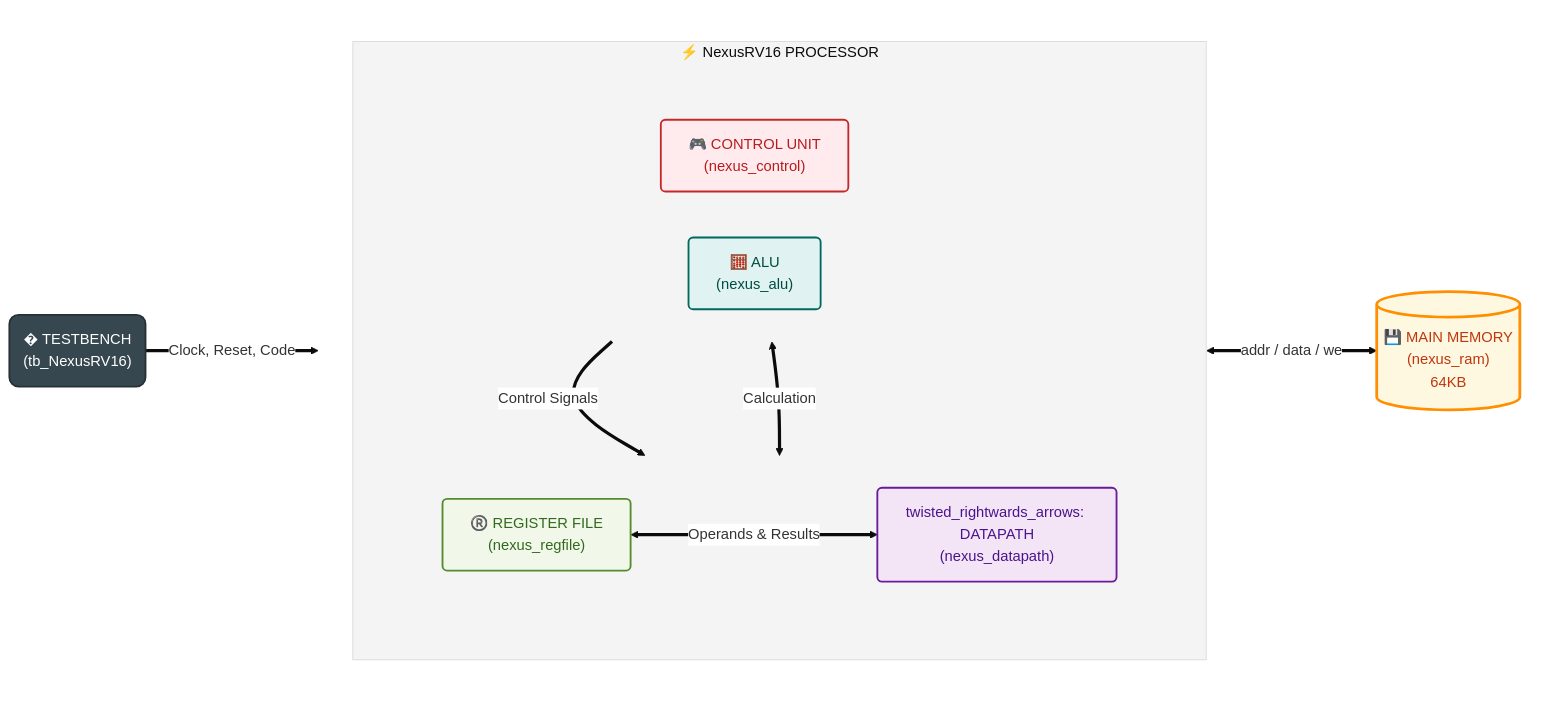
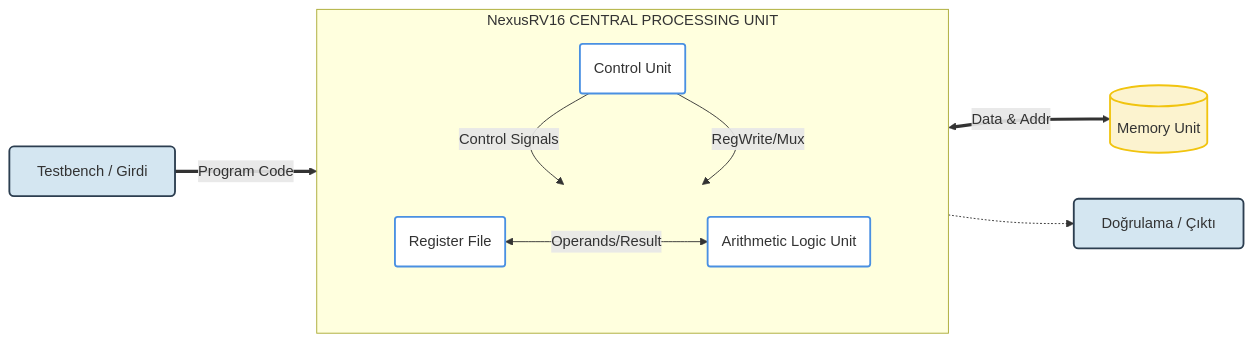
The diagram in README.md (musakartalengin/NexusRV16), drawn with Mermaid before and after one commit.

Commit message:
Update README with classic professional block diagram

````diff
--- a/README.md
+++ b/README.md
@@ -15,67 +15,54 @@
 ```mermaid
-%%{init: {'theme': 'base', 'themeVariables': { 'primaryColor': '#ffffff', 'edgeLabelBackground':'#ffffff', 'tertiaryColor': '#f4f4f4', 'fontFamily': 'arial', 'fontSize': '16px'}}}%%
 graph LR
-    %% 🎨 RENK PALETİ VE STİLLER (Vibrant & Professional)
-    classDef cpuContainer fill:#e3f2fd,stroke:#1565c0,stroke-width:3px,color:#0d47a1,rx:10,ry:10;
-    classDef memory fill:#fff8e1,stroke:#ff8f00,stroke-width:3px,color:#bf360c,rx:5,ry:5;
-    classDef control fill:#ffebee,stroke:#c62828,stroke-width:2px,color:#b71c1c,rx:5,ry:5;
-    classDef alu fill:#e0f2f1,stroke:#00695c,stroke-width:2px,color:#004d40,rx:5,ry:5;
-    classDef regs fill:#f1f8e9,stroke:#558b2f,stroke-width:2px,color:#33691e,rx:5,ry:5;
-    classDef datapath fill:#f3e5f5,stroke:#6a1b9a,stroke-width:2px,color:#4a148c,rx:5,ry:5;
-    classDef testbench fill:#37474f,stroke:#263238,stroke-width:2px,color:#ffffff,rx:10,ry:10;
+    %% Çizgi Stilleri: Orthogonal (Dik Açılı) çizgiler daha düzenli durur
+    linkStyle default interpolate basis
+    
+    %% 🎨 STİL TANIMLARI (Klasik Doküman Tarzı - Mavi/Gri/Beyaz)
+    classDef container fill:#e8f4f9,stroke:#4a90e2,stroke-width:3px,rx:5,ry:5,color:#333333;
+    classDef internal fill:#ffffff,stroke:#4a90e2,stroke-width:2px,rx:3,ry:3,color:#333333;
+    classDef external fill:#d4e6f1,stroke:#2c3e50,stroke-width:2px,rx:5,ry:5,color:#333333;
+    classDef memory   fill:#fcf3cf,stroke:#f1c40f,stroke-width:2px,rx:0,ry:0,color:#333333;
 
     %% ---------------------------------------------------------
-    %% ANA SİSTEM
+    %% SOL: GİRİŞ (TESTBENCH)
     %% ---------------------------------------------------------
-    
-    %% TESTBENCH (SOLDA)
-    TB("�️ TESTBENCH<br/>(tb_NexusRV16)"):::testbench
-
-    subgraph SYSTEM_BOARD [ ]
-        direction LR
-        
-        %% CPU İÇ YAPISI
-        subgraph CPU [⚡ NexusRV16 PROCESSOR]
-            direction TB
-            
-            %% Üst Katman: Kontrol ve Hesaplama
-            subgraph EXEC_LEVEL [ ]
-                direction LR
-                CTRL["🎮 CONTROL UNIT<br/>(nexus_control)"]:::control
-                ALU["🧮 ALU<br/>(nexus_alu)"]:::alu
-            end
-            
-            %% Alt Katman: Depolama ve Veri Yolu
-            subgraph DATA_LEVEL [ ]
-                direction LR
-                REGS["®️ REGISTER FILE<br/>(nexus_regfile)"]:::regs
-                DP["twisted_rightwards_arrows: DATAPATH<br/>(nexus_datapath)"]:::datapath
-            end
-
-            %% CPU İçi Bağlantılar
-            CTRL ==>|"Control Signals"| DP
-            REGS <==>|"Operands & Results"| DP
-            ALU <==>|"Calculation"| DP
-            
-            %% Hiyerarşik Hizalama için görünmez bağ
-            EXEC_LEVEL ~~~ DATA_LEVEL
-        end
-        class CPU cpuContainer
-
-        %% BELLEK (SAĞDA)
-        RAM[("💾 MAIN MEMORY<br/>(nexus_ram)<br/>64KB")]:::memory
-        
-        %% Sistem Bağlantıları
-        CPU <==>|"addr / data / we"| RAM
-    end
-    
-    %% Testbench Bağlantısı
-    TB =="Clock, Reset, Code"==> CPU
+    TB[Testbench / Girdi]:::external
 
     %% ---------------------------------------------------------
-    %% Stil Atamaları (Kenarlıklar görünmez olsun diye subgraph trick)
+    %% ORTA: CPU KUTUSU (Klasik Yapı)
     %% ---------------------------------------------------------
-    style SYSTEM_BOARD fill:none,stroke:none;
-    style EXEC_LEVEL fill:none,stroke:none;
-    style DATA_LEVEL fill:none,stroke:none;
+    subgraph CPU_BOX [NexusRV16 CENTRAL PROCESSING UNIT]
+        direction TB
+        
+        %% En Üstte Kontrol Birimi
+        CTRL(Control Unit):::internal
+        
+        %% Ortada İşlem Birimleri
+        subgraph PATH [ ]
+            direction LR
+            ALU(Arithmetic Logic Unit):::internal
+            REGS(Register File):::internal
+        end
+        style PATH fill:none,stroke:none
+
+        %% Bağlantılar (CPU İçi)
+        CTRL -- Control Signals --> ALU
+        CTRL -- RegWrite/Mux --> REGS
+        REGS <-- Operands/Result --> ALU
+    end
+    class CPU_BOX container
+
+    %% ---------------------------------------------------------
+    %% SAĞ: BELLEK VE ÇIKIŞ
+    %% ---------------------------------------------------------
+    RAM[(Memory Unit)]:::memory
+    OUT[Doğrulama / Çıktı]:::external
+
+    %% ---------------------------------------------------------
+    %% ANA BAĞLANTILAR
+    %% ---------------------------------------------------------
+    TB == Program Code ==> CPU_BOX
+    CPU_BOX <== Data & Addr ==> RAM
+    CPU_BOX -.-> OUT
+
 ```
````
